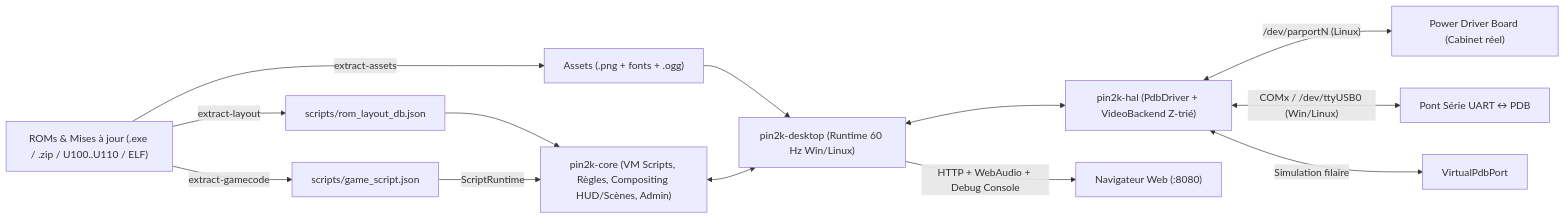
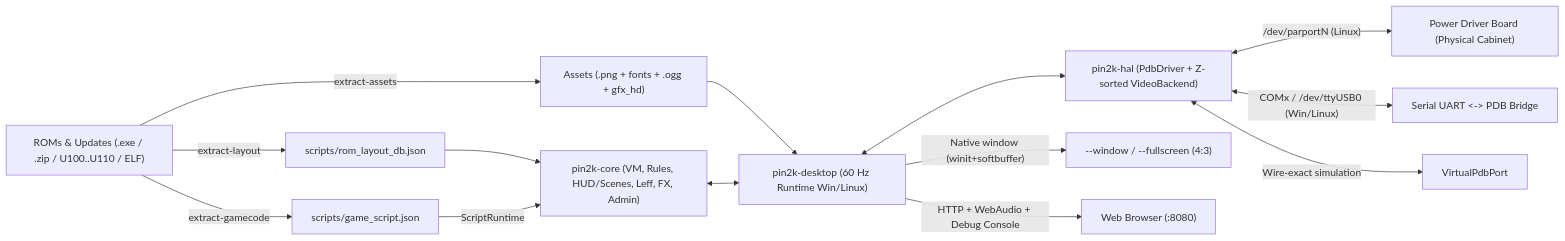
One commit to Sykir/pin2k changed the diagram in docs/ARCHITECTURE_GUIDE.md. Above: the diagram before and after it, drawn with Mermaid. The commit also changed other lines of this file and 10 other files, not shown here.

````diff
--- a/docs/ARCHITECTURE_GUIDE.md
+++ b/docs/ARCHITECTURE_GUIDE.md
@@ -16,15 +16,16 @@
 ```mermaid
 flowchart LR
-    ROM["ROMs & Mises à jour (.exe / .zip / U100..U110 / ELF)"] -->|"extract-assets"| ASSETS["Assets (.png + fonts + .ogg)"]
+    ROM["ROMs & Updates (.exe / .zip / U100..U110 / ELF)"] -->|"extract-assets"| ASSETS["Assets (.png + fonts + .ogg + gfx_hd)"]
     ROM -->|"extract-gamecode"| SCRIPT["scripts/game_script.json"]
     ROM -->|"extract-layout"| LAYOUT["scripts/rom_layout_db.json"]
-    ASSETS --> DESKTOP["pin2k-desktop (Runtime 60 Hz Win/Linux)"]
+    ASSETS --> DESKTOP["pin2k-desktop (60 Hz Runtime Win/Linux)"]
     LAYOUT --> CORE
-    SCRIPT -->|"ScriptRuntime"| CORE["pin2k-core (VM Scripts, Règles, Compositing HUD/Scènes, Admin)"]
+    SCRIPT -->|"ScriptRuntime"| CORE["pin2k-core (VM, Rules, HUD/Scenes, Leff, FX, Admin)"]
     CORE <--> DESKTOP
-    DESKTOP <--> HAL["pin2k-hal (PdbDriver + VideoBackend Z-trié)"]
-    HAL <-->|"/dev/parportN (Linux)"| PDB["Power Driver Board (Cabinet réel)"]
-    HAL <-->|"COMx / /dev/ttyUSB0 (Win/Linux)"| UART["Pont Série UART ↔ PDB"]
-    HAL <-->|"Simulation filaire"| VPDB["VirtualPdbPort"]
-    DESKTOP -->|"HTTP + WebAudio + Debug Console"| WEB["Navigateur Web (:8080)"]
+    DESKTOP <--> HAL["pin2k-hal (PdbDriver + Z-sorted VideoBackend)"]
+    HAL <-->|"/dev/parportN (Linux)"| PDB["Power Driver Board (Physical Cabinet)"]
+    HAL <-->|"COMx / /dev/ttyUSB0 (Win/Linux)"| UART["Serial UART <-> PDB Bridge"]
+    HAL <-->|"Wire-exact simulation"| VPDB["VirtualPdbPort"]
+    DESKTOP -->|"Native window (winit+softbuffer)"| WIN["--window / --fullscreen (4:3)"]
+    DESKTOP -->|"HTTP + WebAudio + Debug Console"| WEB["Web Browser (:8080)"]
 ```
````
